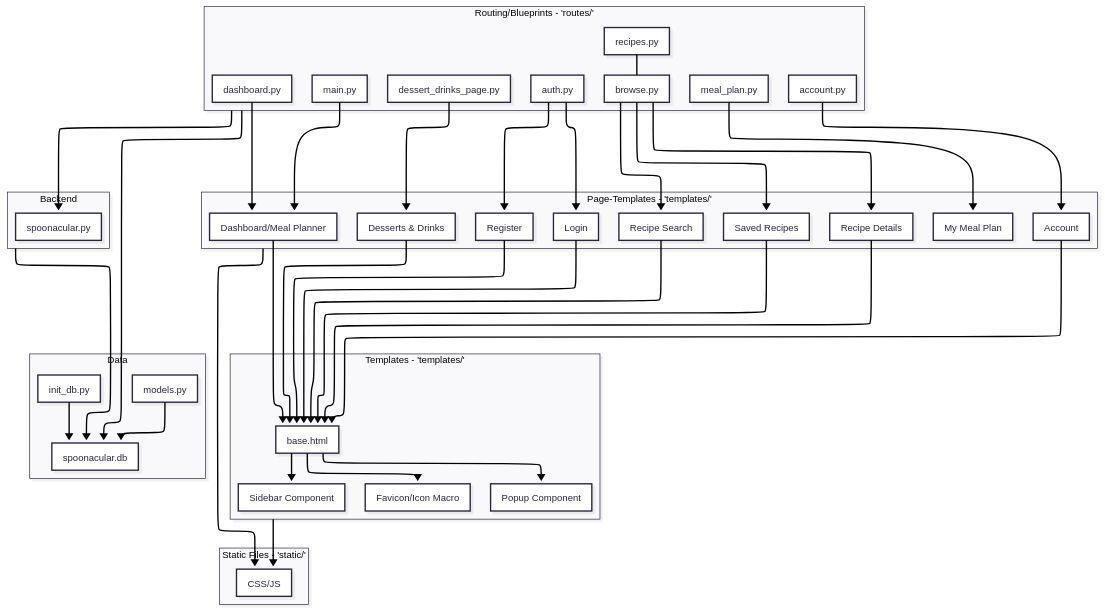
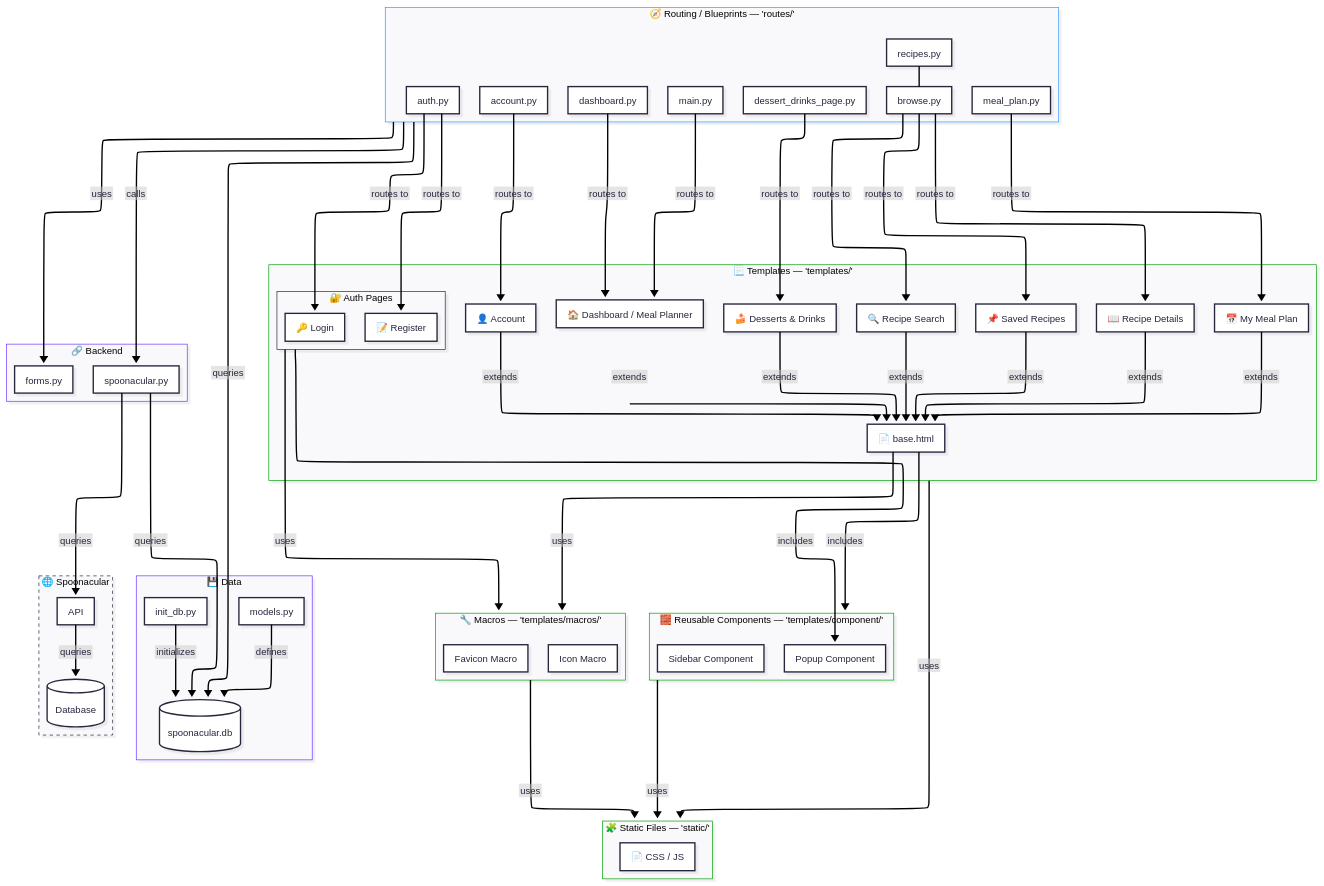
The diagram in doc/diagrams/structure/structure.mmd (KireStrings/Meal-Planner), drawn with Mermaid before and after one commit. The commit also changed 2 other files, not shown here.

Commit message:
doc: fixed and updated structure diagram with improved labels and organization

```diff
--- a/doc/diagrams/structure/structure.mmd
+++ b/doc/diagrams/structure/structure.mmd
@@ -1,100 +1,144 @@
 ---
 config:
   layout: elk
   theme: redux
   look: neo
-  htmlLabels: false # fix node texts
+  htmlLabels: false
   flowchart:
-    htmlLabels: false # fix subgraph texts
+    htmlLabels: false
 ---
+
 graph TD
-    subgraph Static Files[Static Files - 'static/']
-        S1[CSS/JS]
-    end
 
-subgraph Templates[Templates - 'templates/']
-    T1[base.html]
-    T2[Sidebar Component]
-    T3[Popup Component]
-    T4[Favicon/Icon Macro]
+%% ───────────────────────────────────────────────
+%% STATIC FILES
+%% ───────────────────────────────────────────────
+subgraph Static["🧩 Static Files — 'static/'"]
+    S1[📄 CSS / JS]
 end
 
-subgraph Page-Templates[Page-Templates - 'templates/']
-    P1[Dashboard/Meal Planner]
-    P3[Desserts & Drinks]
-    P4[Recipe Search]
-    P5[Saved Recipes]
-    P6[Recipe Details]
-    P7[My Meal Plan]
-    P8[Account]
-    P9[Login]
-    P10[Register]
+%% ───────────────────────────────────────────────
+%% COMPONENTS & MACROS
+%% ───────────────────────────────────────────────
+subgraph Components["🧱 Reusable Components — 'templates/component/'"]
+    C1[Sidebar Component]
+    C2[Popup Component]
 end
 
-subgraph Routing[Routing/Blueprints - 'routes/']
+subgraph Macros["🔧 Macros — 'templates/macros/'"]
+    M1[Favicon Macro]
+    M2[Icon Macro]
+end
+
+%% ───────────────────────────────────────────────
+%% TEMPLATES
+%% ───────────────────────────────────────────────
+subgraph Templates["📃 Templates — 'templates/'"]
+    T1[📄 base.html]
+    
+    P2[🏠 Dashboard / Meal Planner]
+    P3[🍰 Desserts & Drinks]
+    P4[🔍 Recipe Search]
+    P5[📌 Saved Recipes]
+    P6[📖 Recipe Details]
+    P7[📅 My Meal Plan]
+    P8[👤 Account]
+    
+    subgraph AuthPages["🔐 Auth Pages"]
+        P9[🔑 Login]
+        P10[📝 Register]
+    end
+end
+
+%% ───────────────────────────────────────────────
+%% ROUTES
+%% ───────────────────────────────────────────────
+subgraph Routing["🧭 Routing / Blueprints — 'routes/'"]
     R1[main.py]
     R2[dashboard.py]
+    R6[meal_plan.py]
     R3[dessert_drinks_page.py]
     R4[browse.py]
     R5[recipes.py]
-    R6[meal_plan.py]
     R7[auth.py]
     R8[account.py]
 end
 
-subgraph Backend
+%% ───────────────────────────────────────────────
+%% BACKEND
+%% ───────────────────────────────────────────────
+subgraph Backend["🔗 Backend"]
     B1[spoonacular.py]
+    B2[forms.py]
 end
 
-subgraph Data
+%% ───────────────────────────────────────────────
+%% DATA LAYER
+%% ───────────────────────────────────────────────
+subgraph Data["💾 Data"]
+    D1[models.py]
     D2[init_db.py]
-    D1[models.py]
-    D3[spoonacular.db]
+    D3[(spoonacular.db)]
 end
 
-%% Routing Connections
-R1 --> P1
-R2 --> P1
+%% ───────────────────────────────────────────────
+%% Sponacular API
+%% ───────────────────────────────────────────────
+subgraph Spoonacular["🌐 Spoonacular"]
+    A1[API]
+    A2[(Database)]
+end
 
-R3 --> P3
+%% ───────────────────────────────────────────────
+%% RELATIONS
+%% ───────────────────────────────────────────────
 
-R4 --> P4 
-R4 --> P5 
-R4 --> P6
+%% Routing to Pages
+R1 -->|routes to| P2
+R2 -->|routes to| P2
+R3 -->|routes to| P3
+R4 -->|routes to| P4 & P5 & P6
 R5 --- R4
+R6 -->|routes to| P7
+R7 -->|routes to| P9 & P10
+R8 -->|routes to| P8
 
-R6 --> P7
+%% Page templates use base.html
+P2 & P3 & P4 & P5 & P6 & P7 & P8 -->|extends| T1
 
-R7 --> P9
-R7 --> P10
-    
-R8 --> P8
+%% base.html includes components and macros
+T1 -->|includes| Components
+T1 -->|uses| Macros
 
-Routing --> B1
+%% Auth pages use components and macros directly
+AuthPages -->|includes| C2
+AuthPages -->|uses| Macros
 
-%% Pages to base.html
-P1 --> T1
-P3 --> T1
-P4 --> T1
-P5 --> T1
-P6 --> T1
-P8 --> T1
-P9 --> T1
-P10 --> T1
+%% Static use
+Templates & Components & Macros -->|uses| Static
 
-%% Templates to Macros/Components
-T1 --> T2
-T1 --> T3
-T1 --> T4
+%% Routing and Backend depend on DB
+Routing -->|uses| B2
+B1 & Routing -->|queries| D3
+D1 -->|defines| D3
+D2 -->|initializes| D3
 
-%% Templates to Static Files
-Templates --> S1
-Page-Templates --> S1
+%% Backend Access
+Routing -->|calls| B1
 
-%% DB Initialization and Models
-D1 --> D3
-D2 --> D3
+%% API-Access
+A1 -->|queries| A2
+B1 -->|queries| A1
 
-%% Backend & Routes to DB
-Backend --> D3
-Routing --> D3
+%% Stylized borders
+style Spoonacular stroke-dasharray: 5 5
+classDef routing stroke:#3396ff;
+class Routing routing
+classDef backend stroke:#6e33ff;
+class Backend backend
+class Data backend
+classDef frontend stroke:#009e07;
+class Templates frontend
+class Components frontend
+class Macros frontend
+class Static frontend
```
